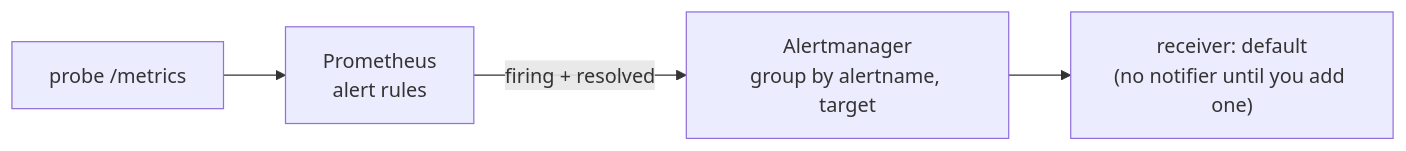
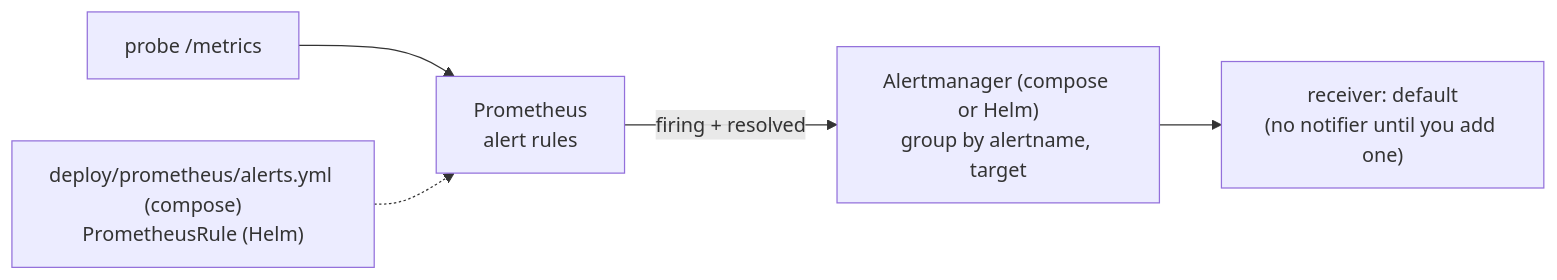
The second of 2 diagrams in README.md (naniiic137/fleetwatch), drawn with Mermaid before and after one commit. The commit also changed other lines of this file and 14 other files, not shown here.

````diff
--- a/README.md
+++ b/README.md
@@ -147,6 +194,7 @@
 ```mermaid
 flowchart LR
     probe["probe /metrics"] --> prom["Prometheus<br/>alert rules"]
-    prom -- "firing + resolved" --> am["Alertmanager<br/>group by alertname, target"]
+    rules["deploy/prometheus/alerts.yml (compose)<br/>PrometheusRule (Helm)"] -.-> prom
+    prom -- "firing + resolved" --> am["Alertmanager (compose or Helm)<br/>group by alertname, target"]
     am --> recv["receiver: default<br/>(no notifier until you add one)"]
 ```
````
